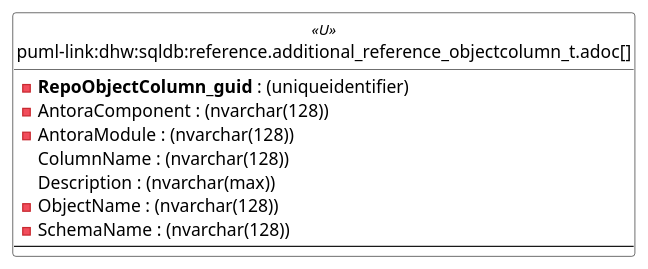
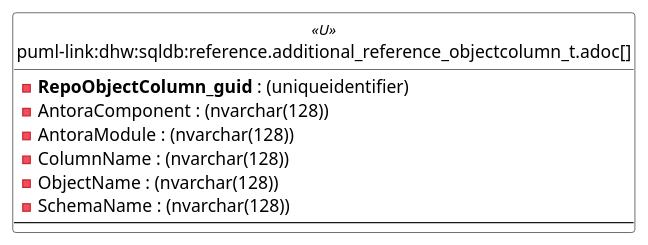
The first of 6 diagrams in docs/modules/sqldb/partials/content/reference.additional_reference_objectcolumn_t.adoc (DataHandwerk/dhw-antora-sqldb), drawn with PlantUML before and after one commit. The commit also changed other lines of this file and 641 other files, not shown here.

```diff
--- a/docs/modules/sqldb/partials/content/reference.additional_reference_objectcolumn_t.adoc
+++ b/docs/modules/sqldb/partials/content/reference.additional_reference_objectcolumn_t.adoc
@@ -633,40 +633,39 @@
 [plantuml, entity-{docname}, svg, subs=macros]
 ....
 'Left to right direction
 top to bottom direction
 hide circle
 'avoide "." issues:
 set namespaceSeparator none
 
 
 skinparam class {
   BackgroundColor White
   BackgroundColor<<FN>> Yellow
   BackgroundColor<<FS>> Yellow
   BackgroundColor<<FT>> LightGray
   BackgroundColor<<IF>> Yellow
   BackgroundColor<<IS>> Yellow
   BackgroundColor<<P>>  Aqua
   BackgroundColor<<PC>> Aqua
   BackgroundColor<<SN>> Yellow
   BackgroundColor<<SO>> SlateBlue
   BackgroundColor<<TF>> LightGray
   BackgroundColor<<TR>> Tomato
   BackgroundColor<<U>>  White
   BackgroundColor<<V>>  WhiteSmoke
   BackgroundColor<<X>>  Aqua
   BackgroundColor<<external>> AliceBlue
 }
 
 
 entity "puml-link:dhw:sqldb:reference.additional_reference_objectcolumn_t.adoc[]" as reference.additional_Reference_ObjectColumn_T << U >> {
   - **RepoObjectColumn_guid** : (uniqueidentifier)
   - AntoraComponent : (nvarchar(128))
   - AntoraModule : (nvarchar(128))
-  ColumnName : (nvarchar(128))
-  Description : (nvarchar(max))
+  - ColumnName : (nvarchar(128))
   - ObjectName : (nvarchar(128))
   - SchemaName : (nvarchar(128))
   --
 }
 ....
```
